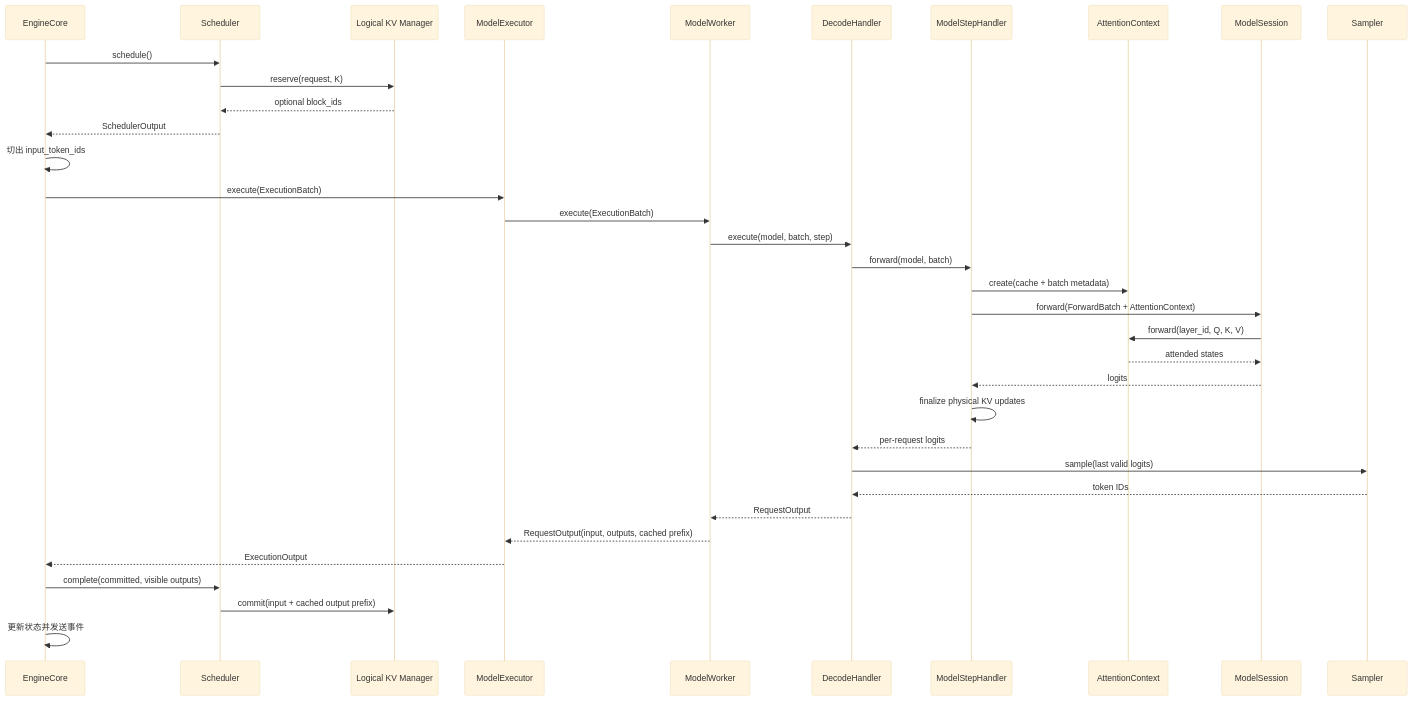
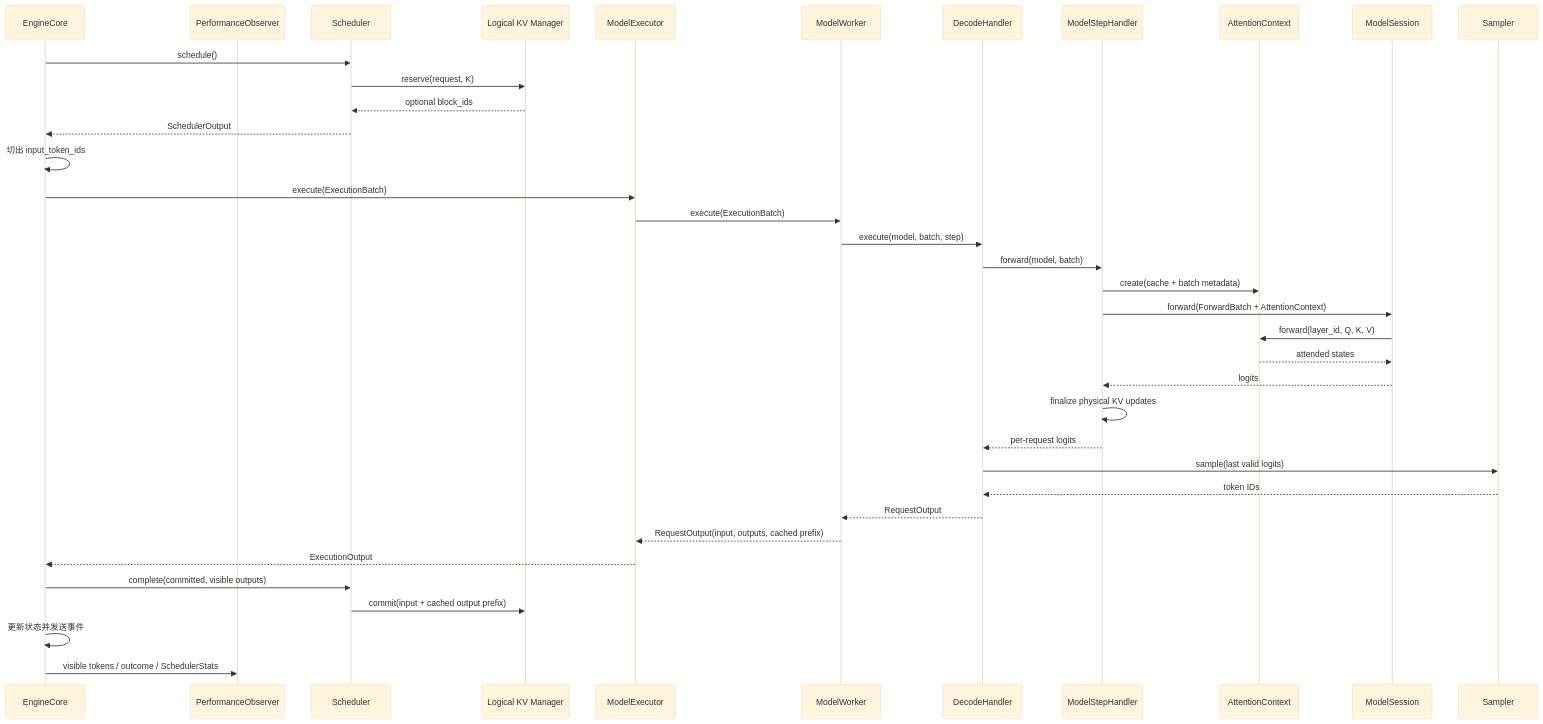
One commit to poorpaper/light-vllm changed the second of 3 diagrams in docs/design.md. Above: the diagram before and after it, drawn with Mermaid (base theme). The commit also changed other lines of this file and 26 other files, not shown here.

````diff
--- a/docs/design.md
+++ b/docs/design.md
@@ -131,38 +140,40 @@
 ```mermaid
 sequenceDiagram
     participant E as EngineCore
+    participant O as PerformanceObserver
     participant S as Scheduler
     participant K as Logical KV Manager
     participant X as ModelExecutor
     participant W as ModelWorker
     participant D as DecodeHandler
     participant H as ModelStepHandler
     participant A as AttentionContext
     participant M as ModelSession
     participant P as Sampler
 
     E->>S: schedule()
     S->>K: reserve(request, K)
     K-->>S: optional block_ids
     S-->>E: SchedulerOutput
     E->>E: 切出 input_token_ids
     E->>X: execute(ExecutionBatch)
     X->>W: execute(ExecutionBatch)
     W->>D: execute(model, batch, step)
     D->>H: forward(model, batch)
     H->>A: create(cache + batch metadata)
     H->>M: forward(ForwardBatch + AttentionContext)
     M->>A: forward(layer_id, Q, K, V)
     A-->>M: attended states
     M-->>H: logits
     H->>H: finalize physical KV updates
     H-->>D: per-request logits
     D->>P: sample(last valid logits)
     P-->>D: token IDs
     D-->>W: RequestOutput
     W-->>X: RequestOutput(input, outputs, cached prefix)
     X-->>E: ExecutionOutput
     E->>S: complete(committed, visible outputs)
     S->>K: commit(input + cached output prefix)
     E->>E: 更新状态并发送事件
+    E->>O: visible tokens / outcome / SchedulerStats
 ```
````
